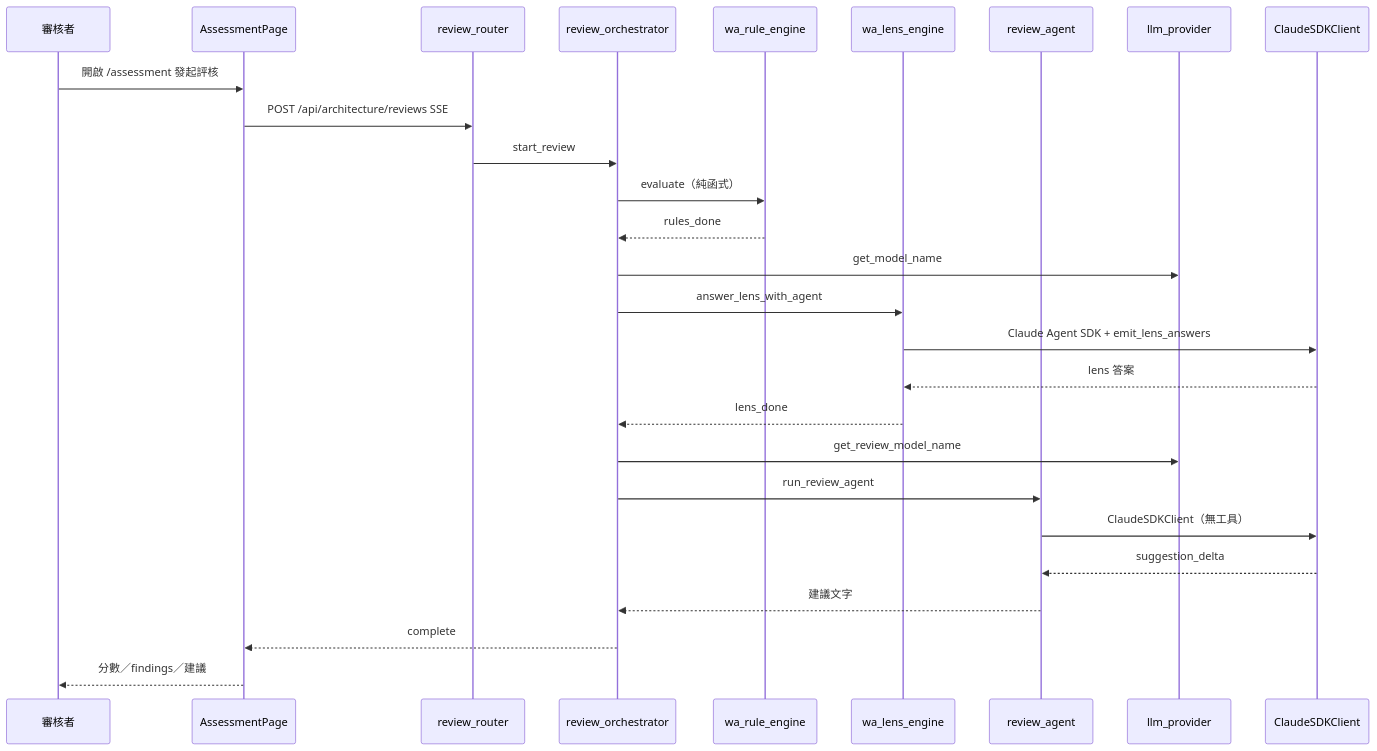
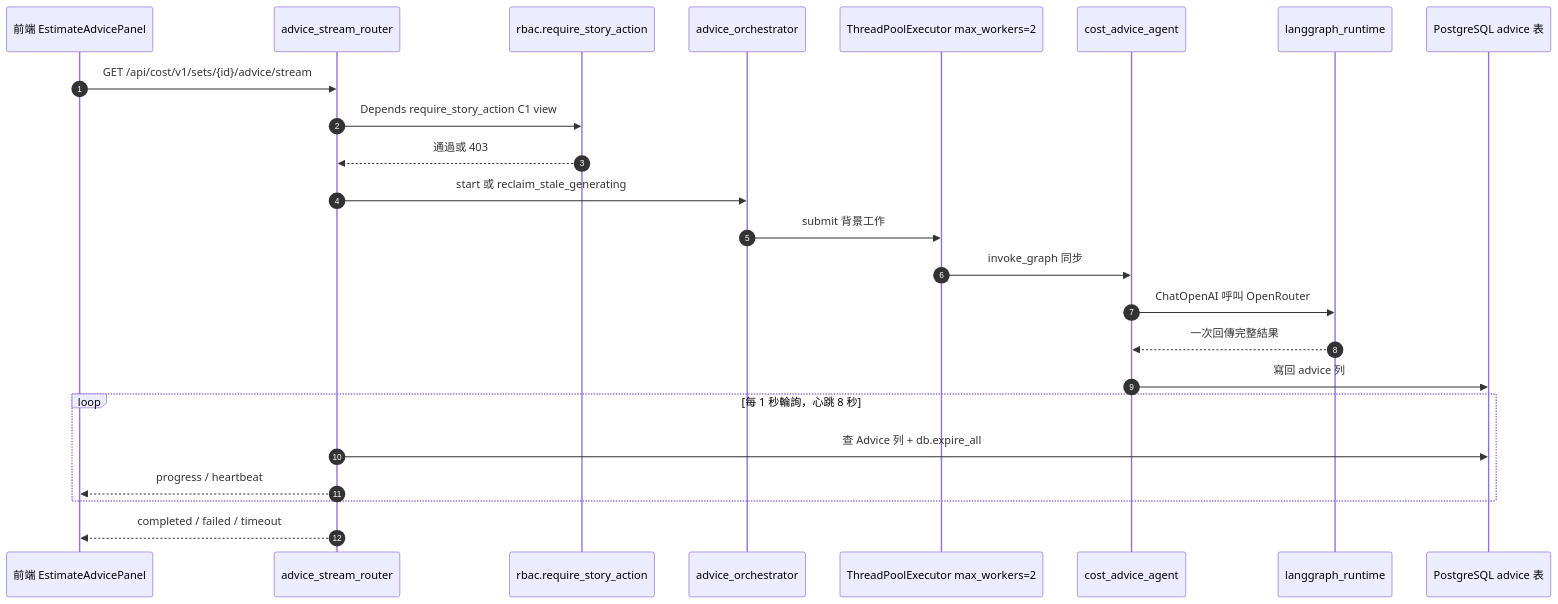
The third of 5 diagrams in aidlc/spaces/default/codekb/cloud/architecture.md (opendiamonds/cloud-360), drawn with Mermaid before and after one commit. The commit also changed other lines of this file and 12 other files, not shown here.

````diff
--- a/aidlc/spaces/default/codekb/cloud/architecture.md
+++ b/aidlc/spaces/default/codekb/cloud/architecture.md
@@ -90,30 +174,27 @@
 ```mermaid
 sequenceDiagram
-  participant U as 審核者
-  participant FE as AssessmentPage
-  participant RR as review_router
-  participant RO as review_orchestrator
-  participant WE as wa_rule_engine
-  participant LE as wa_lens_engine
-  participant RA as review_agent
-  participant LP as llm_provider
-  participant SDK as ClaudeSDKClient
+    autonumber
+    participant FE as 前端 EstimateAdvicePanel
+    participant SSE as advice_stream_router
+    participant RB as rbac.require_story_action
+    participant ORCH as advice_orchestrator
+    participant POOL as ThreadPoolExecutor max_workers=2
+    participant AG as cost_advice_agent
+    participant LG as langgraph_runtime
+    participant DB as PostgreSQL advice 表
 
-  U->>FE: 開啟 /assessment 發起評核
-  FE->>RR: POST /api/architecture/reviews SSE
-  RR->>RO: start_review
-  RO->>WE: evaluate（純函式）
-  WE-->>RO: rules_done
-  RO->>LP: get_model_name
-  RO->>LE: answer_lens_with_agent
-  LE->>SDK: Claude Agent SDK + emit_lens_answers
-  SDK-->>LE: lens 答案
-  LE-->>RO: lens_done
-  RO->>LP: get_review_model_name
-  RO->>RA: run_review_agent
-  RA->>SDK: ClaudeSDKClient（無工具）
-  SDK-->>RA: suggestion_delta
-  RA-->>RO: 建議文字
-  RO-->>FE: complete
-  FE-->>U: 分數／findings／建議
+    FE->>SSE: GET /api/cost/v1/sets/{id}/advice/stream
+    SSE->>RB: Depends require_story_action C1 view
+    RB-->>SSE: 通過或 403
+    SSE->>ORCH: start 或 reclaim_stale_generating
+    ORCH->>POOL: submit 背景工作
+    POOL->>AG: invoke_graph 同步
+    AG->>LG: ChatOpenAI 呼叫 OpenRouter
+    LG-->>AG: 一次回傳完整結果
+    AG->>DB: 寫回 advice 列
+    loop 每 1 秒輪詢，心跳 8 秒
+        SSE->>DB: 查 Advice 列 + db.expire_all
+        SSE-->>FE: progress / heartbeat
+    end
+    SSE-->>FE: completed / failed / timeout
 ```
````
